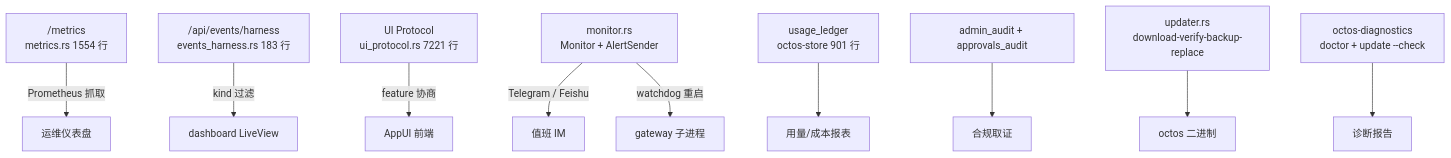
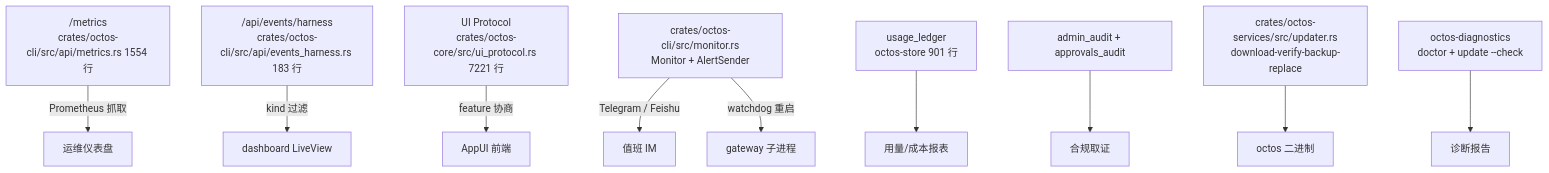
One commit to octos-org/octos-book changed the third of 3 diagrams in book/src/part3/ch15.md. Above: the diagram before and after it, drawn with Mermaid. The commit also changed other lines of this file and 39 other files, not shown here.

````diff
--- a/book/src/part3/ch15.md
+++ b/book/src/part3/ch15.md
@@ -262,21 +262,21 @@
 ```mermaid
 flowchart TD
-    Metrics["/metrics<br/>metrics.rs 1554 行"]
-    SSE["/api/events/harness<br/>events_harness.rs 183 行"]
-    UIP["UI Protocol<br/>ui_protocol.rs 7221 行"]
-    Monitor["monitor.rs<br/>Monitor + AlertSender"]
+    Metrics["/metrics<br/>crates/octos-cli/src/api/metrics.rs 1554 行"]
+    SSE["/api/events/harness<br/>crates/octos-cli/src/api/events_harness.rs 183 行"]
+    UIP["UI Protocol<br/>crates/octos-core/src/ui_protocol.rs 7221 行"]
+    Monitor["crates/octos-cli/src/monitor.rs<br/>Monitor + AlertSender"]
     Ledger["usage_ledger<br/>octos-store 901 行"]
     AdminAudit["admin_audit + approvals_audit"]
-    Updater["updater.rs<br/>download-verify-backup-replace"]
+    Updater["crates/octos-services/src/updater.rs<br/>download-verify-backup-replace"]
     Doctor["octos-diagnostics<br/>doctor + update --check"]
 
     Metrics -->|"Prometheus 抓取"| Grafana["运维仪表盘"]
     SSE -->|"kind 过滤"| Dash["dashboard LiveView"]
     UIP -->|"feature 协商"| AppUI["AppUI 前端"]
     Monitor -->|"Telegram / Feishu"| OnCall["值班 IM"]
     Monitor -->|"watchdog 重启"| GW["gateway 子进程"]
     Ledger --> AdminUI["用量/成本报表"]
     AdminAudit --> Audit["合规取证"]
     Doctor --> Report["诊断报告"]
     Updater --> Bin["octos 二进制"]
 ```
````
